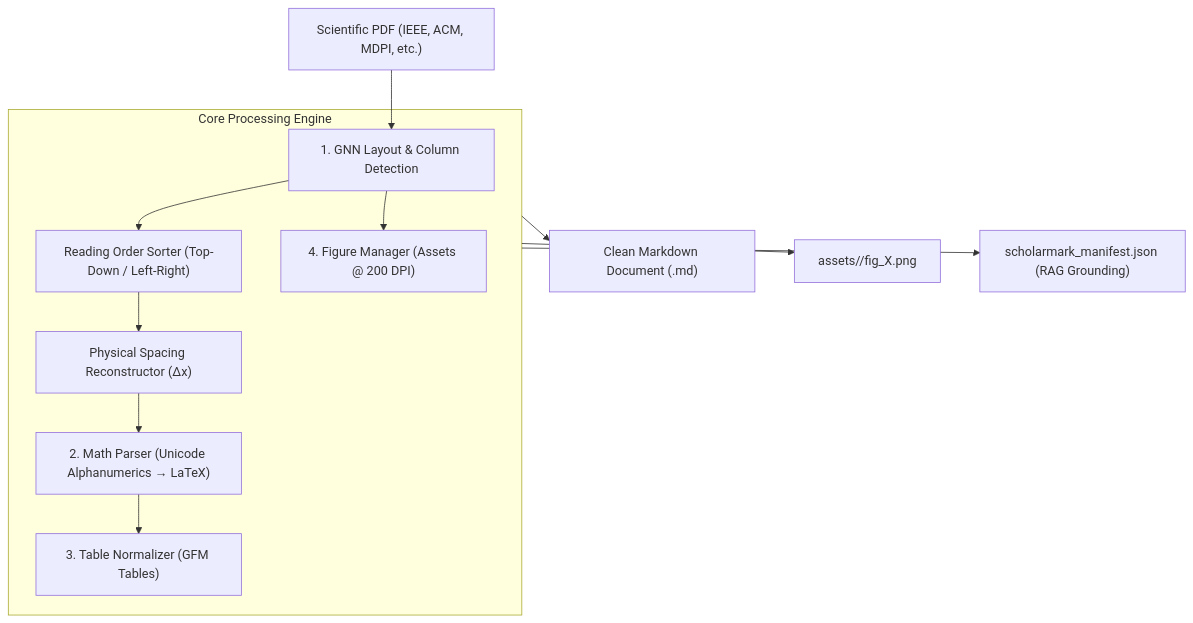
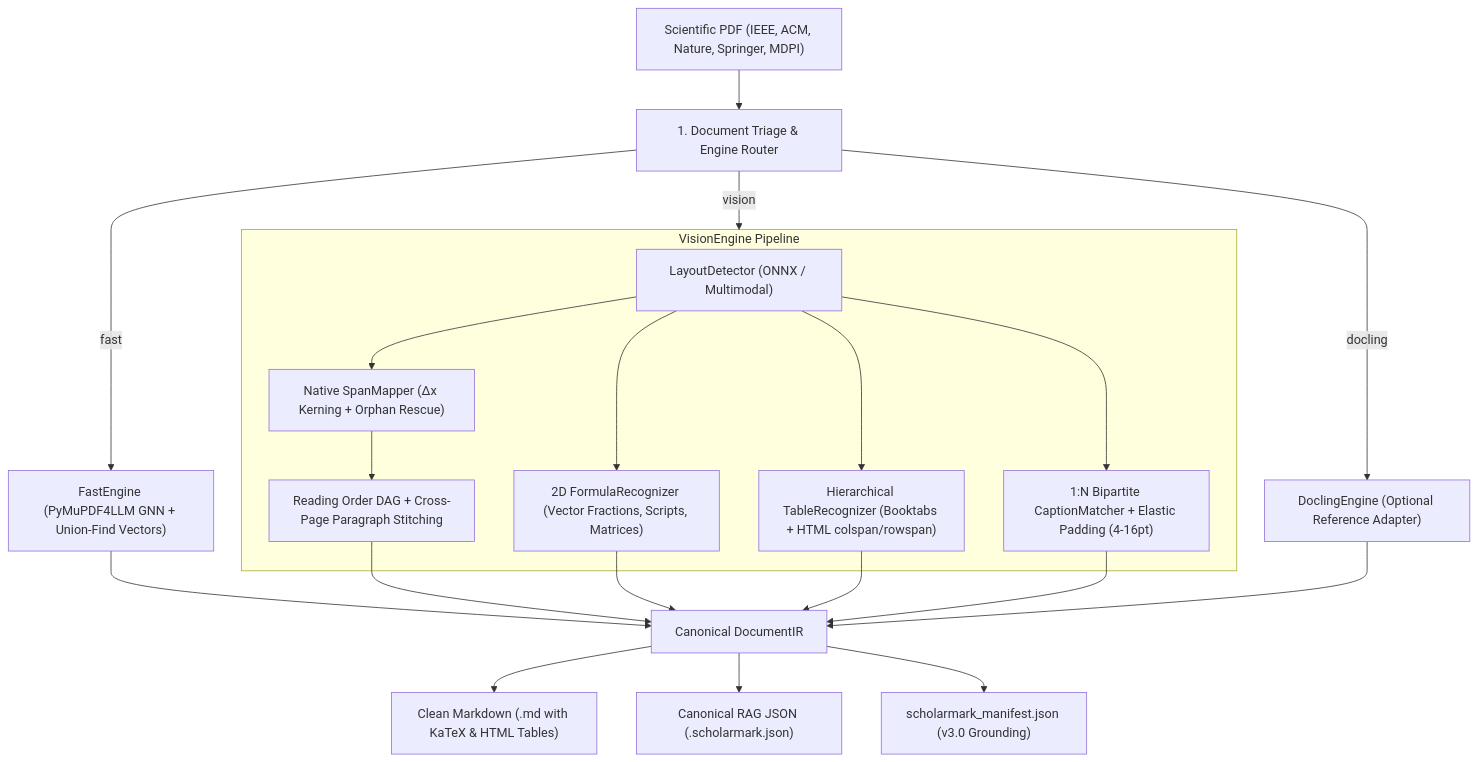
Before and after one commit to joako-baneado/scholarmark: the diagram in README.md, drawn with Mermaid. The commit also changed other lines of this file and 1 other file, not shown here.

Commit message:
docs(release): update documentation, CLI reference, and benchmark report for v3.0.0

````diff
--- a/README.md
+++ b/README.md
@@ -70,16 +80,26 @@
 ```mermaid
 flowchart TD
-    PDF["Scientific PDF (IEEE, ACM, MDPI, etc.)"] --> Layout["1. GNN Layout & Column Detection"]
-    
-    subgraph Flow ["Core Processing Engine"]
-        Layout --> Order["Reading Order Sorter (Top-Down / Left-Right)"]
-        Order --> Kerning["Physical Spacing Reconstructor (Δx)"]
-        Kerning --> Math["2. Math Parser (Unicode Alphanumerics → LaTeX)"]
-        Math --> Tables["3. Table Normalizer (GFM Tables)"]
-        Layout --> Figures["4. Figure Manager (Assets @ 200 DPI)"]
+    PDF["Scientific PDF (IEEE, ACM, Nature, Springer, MDPI)"] --> Triage["1. Document Triage & Engine Router"]
+    Triage -->|fast| Fast["FastEngine (PyMuPDF4LLM GNN + Union-Find Vectors)"]
+    Triage -->|vision| Vision["VisionEngine (Asymmetric Hybrid v3.0)"]
+    Triage -->|docling| Docling["DoclingEngine (Optional Reference Adapter)"]
+
+    subgraph Vision ["VisionEngine Pipeline"]
+        LD["LayoutDetector (ONNX / Multimodal)"] --> SM["Native SpanMapper (Δx Kerning + Orphan Rescue)"]
+        SM --> DAG["Reading Order DAG + Cross-Page Paragraph Stitching"]
+        LD --> Math2D["2D FormulaRecognizer (Vector Fractions, Scripts, Matrices)"]
+        LD --> TabHTML["Hierarchical TableRecognizer (Booktabs + HTML colspan/rowspan)"]
+        LD --> Cap1N["1:N Bipartite CaptionMatcher + Elastic Padding (4-16pt)"]
     end
-    
-    Flow --> MD["Clean Markdown Document (.md)"]
-    Flow --> Assets["assets/<paper_slug>/fig_X.png"]
-    Flow --> Manifest["scholarmark_manifest.json (RAG Grounding)"]
+
+    Fast --> IR["Canonical DocumentIR"]
+    DAG --> IR
+    Math2D --> IR
+    TabHTML --> IR
+    Cap1N --> IR
+    Docling --> IR
+
+    IR --> MD["Clean Markdown (.md with KaTeX & HTML Tables)"]
+    IR --> JSON["Canonical RAG JSON (.scholarmark.json)"]
+    IR --> Manifest["scholarmark_manifest.json (v3.0 Grounding)"]
 ```
````
